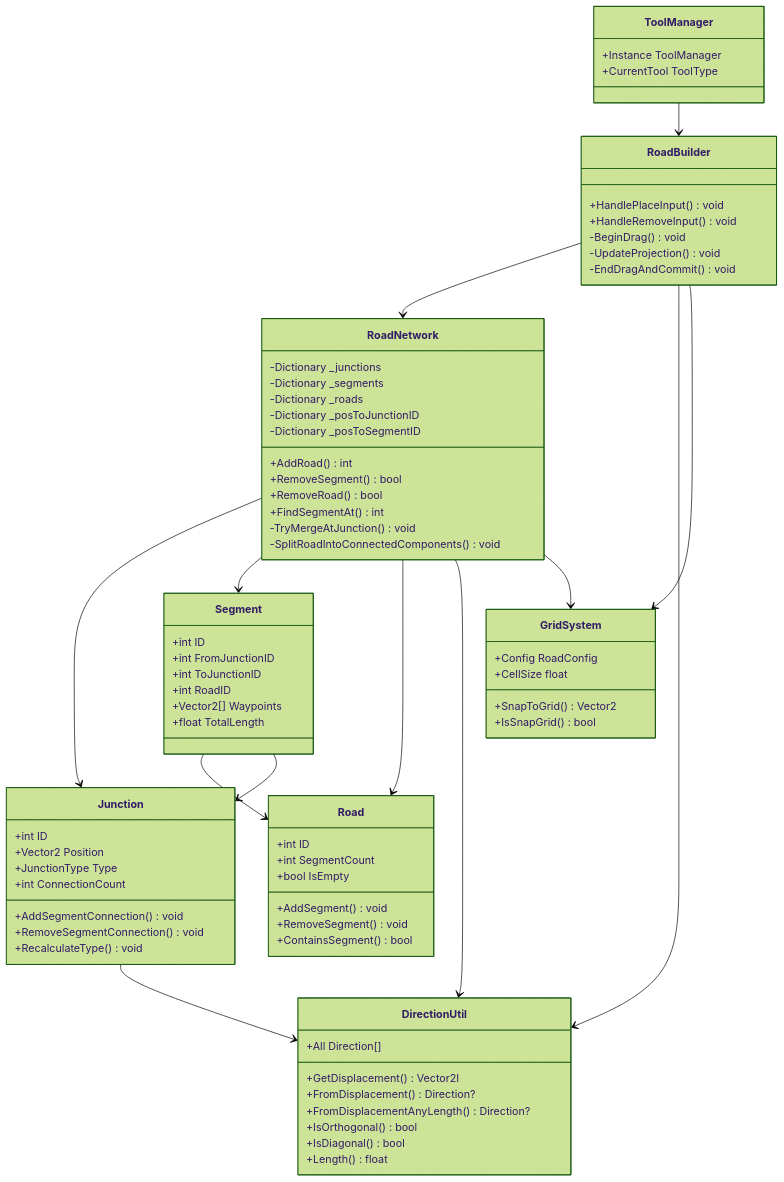
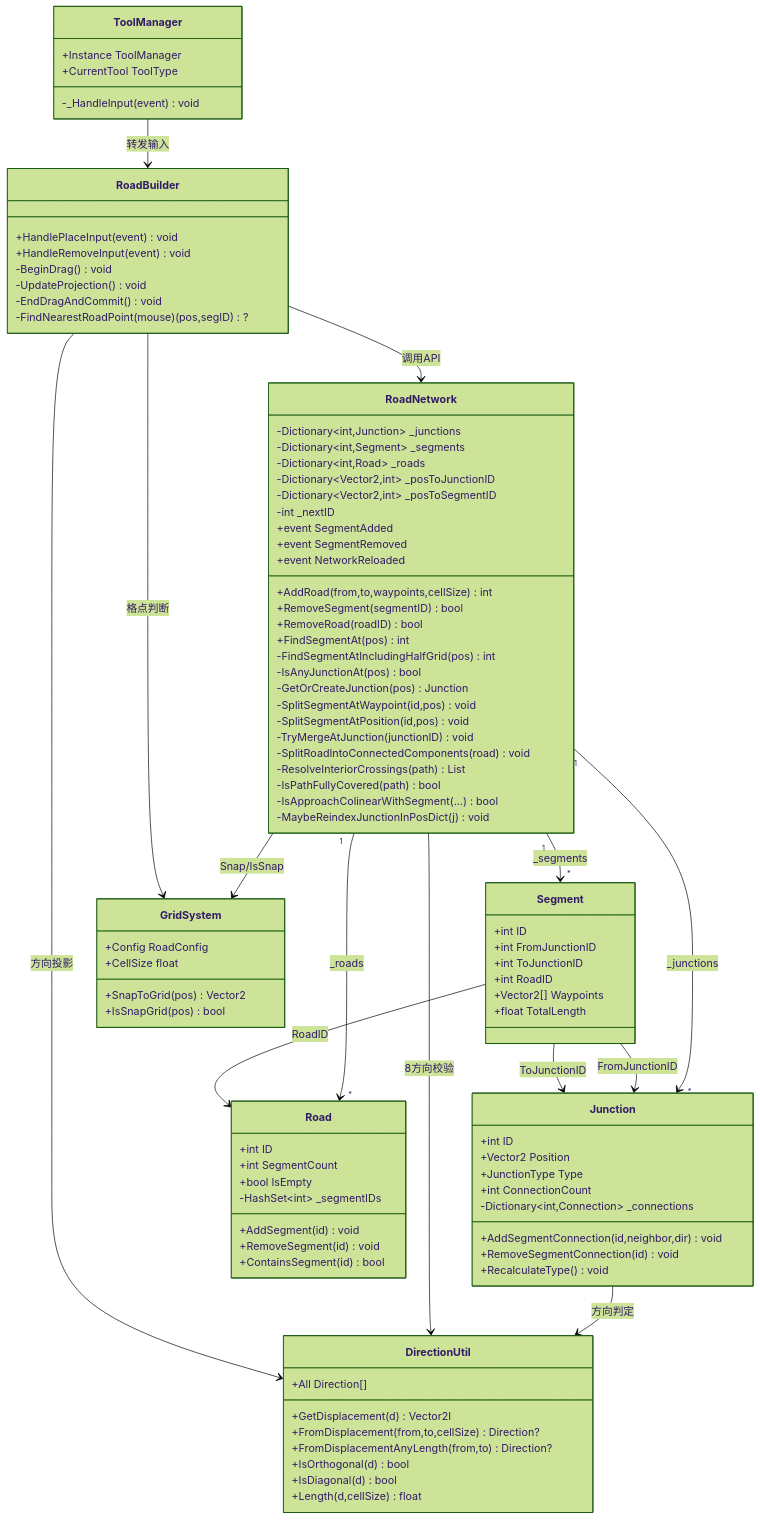
The fourth of 9 diagrams in docs/game-logic.md (xianfishyu/SimpleCities), drawn with Mermaid (forest theme) before and after one commit. The commit also changed other lines of this file, not shown here.

First line of the commit message:
#重写：图2/3/5改用flowchart替代sequenceDiagram/stateDiagram

````diff
--- a/docs/game-logic.md
+++ b/docs/game-logic.md
@@ -139,17 +169,30 @@
 ```mermaid
 classDiagram
     class RoadNetwork {
-        -Dictionary _junctions
-        -Dictionary _segments
-        -Dictionary _roads
-        -Dictionary _posToJunctionID
-        -Dictionary _posToSegmentID
-        +AddRoad() int
-        +RemoveSegment() bool
-        +RemoveRoad() bool
-        +FindSegmentAt() int
-        -TryMergeAtJunction() void
-        -SplitRoadIntoConnectedComponents() void
+        -Dictionary~int,Junction~ _junctions
+        -Dictionary~int,Segment~ _segments
+        -Dictionary~int,Road~ _roads
+        -Dictionary~Vector2,int~ _posToJunctionID
+        -Dictionary~Vector2,int~ _posToSegmentID
+        -int _nextID
+        +event SegmentAdded
+        +event SegmentRemoved
+        +event NetworkReloaded
+        +AddRoad(from,to,waypoints,cellSize) int
+        +RemoveSegment(segmentID) bool
+        +RemoveRoad(roadID) bool
+        +FindSegmentAt(pos) int
+        -FindSegmentAtIncludingHalfGrid(pos) int
+        -IsAnyJunctionAt(pos) bool
+        -GetOrCreateJunction(pos) Junction
+        -SplitSegmentAtWaypoint(id,pos) void
+        -SplitSegmentAtPosition(id,pos) void
+        -TryMergeAtJunction(junctionID) void
+        -SplitRoadIntoConnectedComponents(road) void
+        -ResolveInteriorCrossings(path) List
+        -IsPathFullyCovered(path) bool
+        -IsApproachColinearWithSegment(...) bool
+        -MaybeReindexJunctionInPosDict(j) void
     }
 
     class Junction {
@@ -157,8 +200,9 @@
         +Vector2 Position
         +JunctionType Type
         +int ConnectionCount
-        +AddSegmentConnection() void
-        +RemoveSegmentConnection() void
+        -Dictionary~int,Connection~ _connections
+        +AddSegmentConnection(id,neighbor,dir) void
+        +RemoveSegmentConnection(id) void
         +RecalculateType() void
     }
 
@@ -175,51 +219,55 @@
         +int ID
         +int SegmentCount
         +bool IsEmpty
-        +AddSegment() void
-        +RemoveSegment() void
-        +ContainsSegment() bool
+        -HashSet~int~ _segmentIDs
+        +AddSegment(id) void
+        +RemoveSegment(id) void
+        +ContainsSegment(id) bool
     }
 
     class DirectionUtil {
         +All Direction[]
-        +GetDisplacement() Vector2I
-        +FromDisplacement() Direction?
-        +FromDisplacementAnyLength() Direction?
-        +IsOrthogonal() bool
-        +IsDiagonal() bool
-        +Length() float
+        +GetDisplacement(d) Vector2I
+        +FromDisplacement(from,to,cellSize) Direction?
+        +FromDisplacementAnyLength(from,to) Direction?
+        +IsOrthogonal(d) bool
+        +IsDiagonal(d) bool
+        +Length(d,cellSize) float
     }
 
     class GridSystem {
         +Config RoadConfig
         +CellSize float
-        +SnapToGrid() Vector2
-        +IsSnapGrid() bool
+        +SnapToGrid(pos) Vector2
+        +IsSnapGrid(pos) bool
     }
 
     class ToolManager {
         +Instance ToolManager
         +CurrentTool ToolType
+        -_HandleInput(event) void
     }
 
     class RoadBuilder {
-        +HandlePlaceInput() void
-        +HandleRemoveInput() void
+        +HandlePlaceInput(event) void
+        +HandleRemoveInput(event) void
         -BeginDrag() void
         -UpdateProjection() void
         -EndDragAndCommit() void
+        -FindNearestRoadPoint(mouse) (pos,segID)?
     }
 
-    RoadNetwork --> Junction
-    RoadNetwork --> Segment
-    RoadNetwork --> Road
-    Segment --> Road
-    Segment --> Junction
-    Junction --> DirectionUtil
-    RoadNetwork --> DirectionUtil
-    RoadNetwork --> GridSystem
-    RoadBuilder --> RoadNetwork
-    RoadBuilder --> DirectionUtil
-    RoadBuilder --> GridSystem
-    ToolManager --> RoadBuilder
+    RoadNetwork "1" --> "*" Junction : _junctions
+    RoadNetwork "1" --> "*" Segment : _segments
+    RoadNetwork "1" --> "*" Road : _roads
+    Segment --> Road : RoadID
+    Segment --> Junction : FromJunctionID
+    Segment --> Junction : ToJunctionID
+    Junction --> DirectionUtil : 方向判定
+    RoadNetwork --> DirectionUtil : 8方向校验
+    RoadNetwork --> GridSystem : Snap/IsSnap
+    RoadBuilder --> RoadNetwork : 调用API
+    RoadBuilder --> DirectionUtil : 方向投影
+    RoadBuilder --> GridSystem : 格点判断
+    ToolManager --> RoadBuilder : 转发输入
 ```
````
